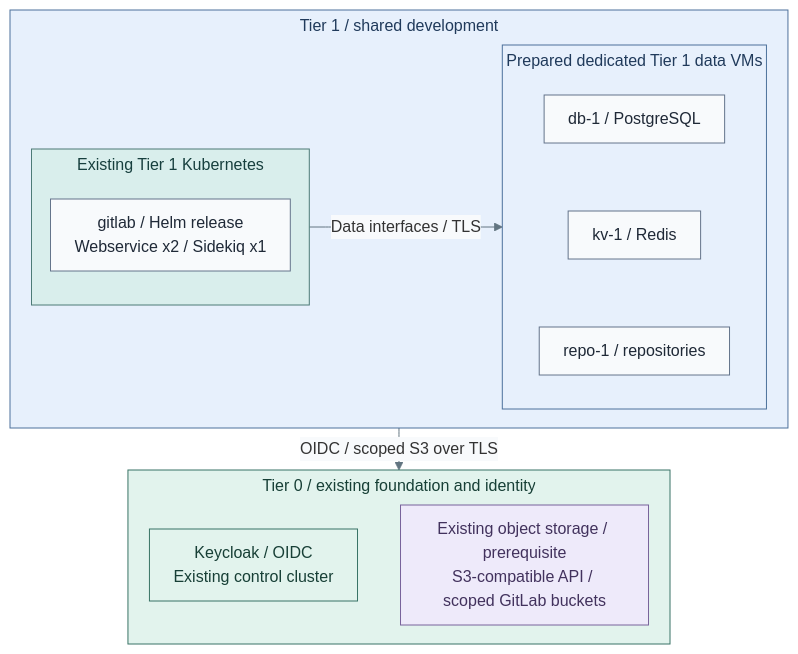
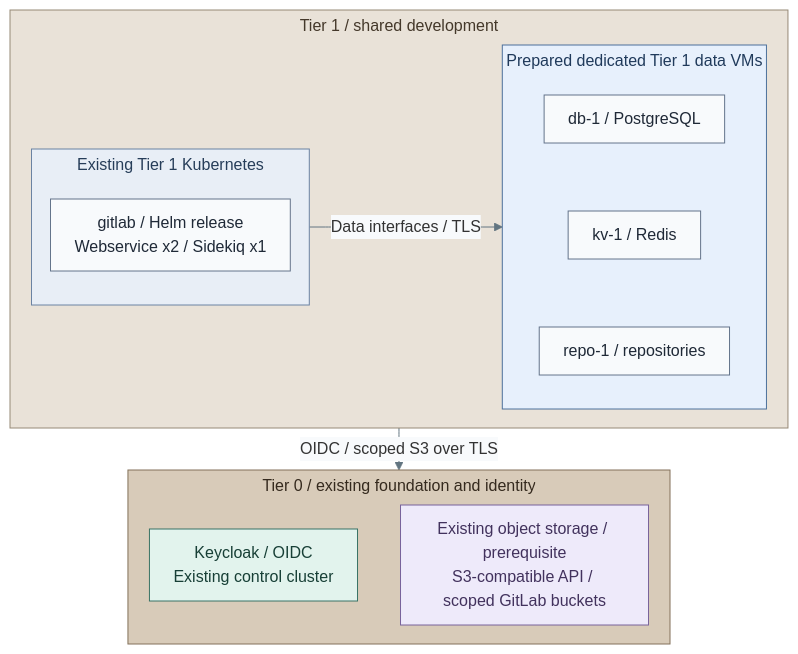
The first of 3 diagrams in docs/03-deployment/stage-9-development/README.md (Rexus/homelab), drawn with Mermaid before and after one commit. The commit also changed other lines of this file and 108 other files, not shown here.

Commit message:
docs(diagrams): unify visual language and opening views

````diff
--- a/docs/03-deployment/stage-9-development/README.md
+++ b/docs/03-deployment/stage-9-development/README.md
@@ -13,34 +13,39 @@
 ```mermaid
 %%{init: {"theme":"base","flowchart":{"nodeSpacing":18,"rankSpacing":18,"padding":12,"subGraphTitleMargin":{"top":4,"bottom":12}},"themeVariables":{"lineColor":"#627581","edgeLabelBackground":"#f8fafc"}}}%%
 flowchart TB
   subgraph T1["Tier 1 / shared development"]
     direction LR
     subgraph Cluster["Existing Tier 1 Kubernetes"]
       Git["gitlab / Helm release<br/>Webservice x2 / Sidekiq x1"]
     end
     subgraph Data["Prepared dedicated Tier 1 data VMs"]
       direction TB
       DB["db-1 / PostgreSQL"]
       Cache["kv-1 / Redis"]
       Repos["repo-1 / repositories"]
       DB ~~~ Cache ~~~ Repos
     end
     Cluster -->|Data interfaces / TLS| Data
   end
   subgraph T0["Tier 0 / existing foundation and identity"]
     direction LR
     IdP["Keycloak / OIDC<br/>Existing control cluster"]
     Objects["Existing object storage / prerequisite<br/>S3-compatible API / scoped GitLab buckets"]
     IdP ~~~ Objects
   end
   T1 -->|OIDC / scoped S3 over TLS| T0
   classDef default fill:#f8fafc,stroke:#64748b,color:#1f2937
   classDef services fill:#e7f0fc,stroke:#4d719b,color:#203a5b
   classDef runtime fill:#d9eeec,stroke:#4d7b77,color:#173f3e
   classDef control fill:#e2f3ed,stroke:#397366,color:#173f36
   classDef data fill:#eeeafa,stroke:#78639b,color:#42325d
-  class T1,Data services
-  class Cluster runtime
-  class T0,IdP control
+  class Data services
+  class IdP control
   class Objects data
+  classDef kubernetes fill:#e8eef6,stroke:#6b83a3,color:#263d59
+  class Cluster kubernetes
+  classDef tier0 fill:#d8cbb9,stroke:#83715a,color:#352a1e
+  class T0 tier0
+  classDef tier1 fill:#e9e2d8,stroke:#968976,color:#44382a
+  class T1 tier1
 ```
````
